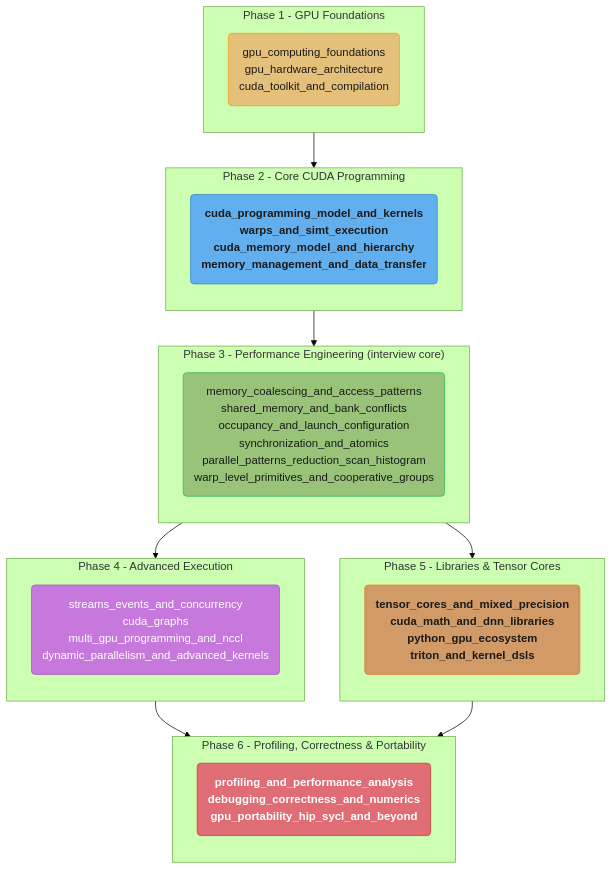
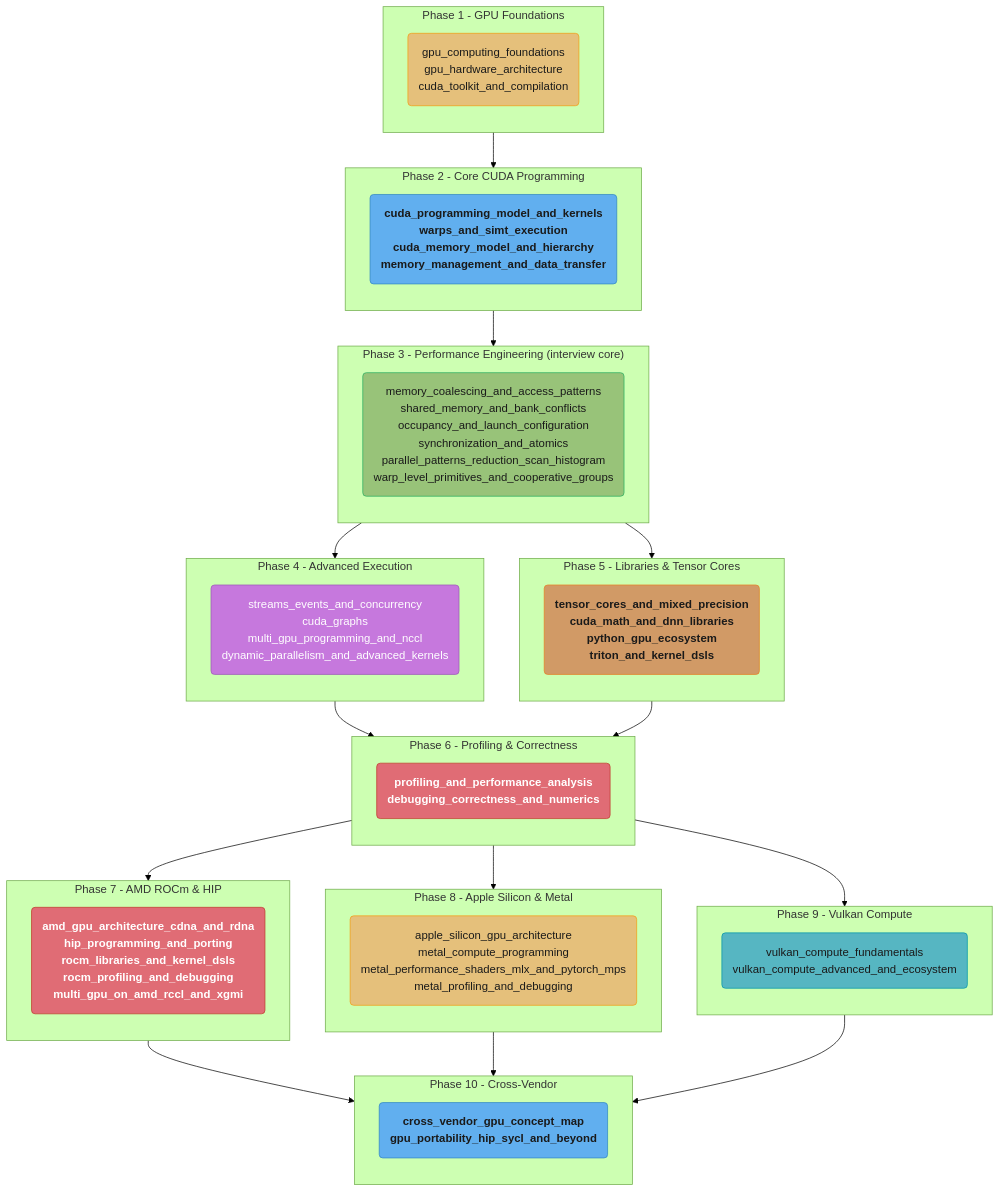
Before and after one commit to rppol/system-design: the second of 2 diagrams in src/main/java/com/rutik/systemdesign/cuda/README.md, drawn with Mermaid (forest theme). The commit also changed other lines of this file and 36 other files, not shown here.

First line of the commit message:
feat(cuda): GPGPU Programming - add AMD ROCm, Apple Metal and Vulkan compute

````diff
--- a/src/main/java/com/rutik/systemdesign/cuda/README.md
+++ b/src/main/java/com/rutik/systemdesign/cuda/README.md
@@ -118,48 +150,74 @@
 ```mermaid
 flowchart TB
     classDef io      fill:#61afef,stroke:#2e86c1,color:#1a1a1a,font-weight:bold
     classDef frozen  fill:#c678dd,stroke:#9b59b6,color:#fff
     classDef train   fill:#98c379,stroke:#27ae60,color:#1a1a1a
     classDef mathOp  fill:#d19a66,stroke:#e67e22,color:#1a1a1a,font-weight:bold
     classDef lossN   fill:#e06c75,stroke:#c0392b,color:#fff,font-weight:bold
     classDef req     fill:#56b6c2,stroke:#0097a7,color:#1a1a1a
     classDef base    fill:#e5c07b,stroke:#f39c12,color:#1a1a1a
 
     subgraph SG1["Phase 1 - GPU Foundations"]
         direction TB
         m1("gpu_computing_foundations<br/>gpu_hardware_architecture<br/>cuda_toolkit_and_compilation")
     end
     subgraph SG2["Phase 2 - Core CUDA Programming"]
         direction TB
         m2("cuda_programming_model_and_kernels<br/>warps_and_simt_execution<br/>cuda_memory_model_and_hierarchy<br/>memory_management_and_data_transfer")
     end
     subgraph SG3["Phase 3 - Performance Engineering (interview core)"]
         direction TB
         m3("memory_coalescing_and_access_patterns<br/>shared_memory_and_bank_conflicts<br/>occupancy_and_launch_configuration<br/>synchronization_and_atomics<br/>parallel_patterns_reduction_scan_histogram<br/>warp_level_primitives_and_cooperative_groups")
     end
     subgraph SG4["Phase 4 - Advanced Execution"]
         direction TB
         m4("streams_events_and_concurrency<br/>cuda_graphs<br/>multi_gpu_programming_and_nccl<br/>dynamic_parallelism_and_advanced_kernels")
     end
     subgraph SG5["Phase 5 - Libraries & Tensor Cores"]
         direction TB
         m5("tensor_cores_and_mixed_precision<br/>cuda_math_and_dnn_libraries<br/>python_gpu_ecosystem<br/>triton_and_kernel_dsls")
     end
-    subgraph SG6["Phase 6 - Profiling, Correctness & Portability"]
+    subgraph SG6["Phase 6 - Profiling & Correctness"]
         direction TB
-        m6("profiling_and_performance_analysis<br/>debugging_correctness_and_numerics<br/>gpu_portability_hip_sycl_and_beyond")
+        m6("profiling_and_performance_analysis<br/>debugging_correctness_and_numerics")
+    end
+    subgraph SG7["Phase 7 - AMD ROCm & HIP"]
+        direction TB
+        m7("amd_gpu_architecture_cdna_and_rdna<br/>hip_programming_and_porting<br/>rocm_libraries_and_kernel_dsls<br/>rocm_profiling_and_debugging<br/>multi_gpu_on_amd_rccl_and_xgmi")
+    end
+    subgraph SG8["Phase 8 - Apple Silicon & Metal"]
+        direction TB
+        m8("apple_silicon_gpu_architecture<br/>metal_compute_programming<br/>metal_performance_shaders_mlx_and_pytorch_mps<br/>metal_profiling_and_debugging")
+    end
+    subgraph SG9["Phase 9 - Vulkan Compute"]
+        direction TB
+        m9("vulkan_compute_fundamentals<br/>vulkan_compute_advanced_and_ecosystem")
+    end
+    subgraph SG10["Phase 10 - Cross-Vendor"]
+        direction TB
+        m10("cross_vendor_gpu_concept_map<br/>gpu_portability_hip_sycl_and_beyond")
     end
 
     SG1 --> SG2 --> SG3
     SG3 --> SG4
     SG3 --> SG5
     SG4 --> SG6
     SG5 --> SG6
+    SG6 --> SG7
+    SG6 --> SG8
+    SG6 --> SG9
+    SG7 --> SG10
+    SG8 --> SG10
+    SG9 --> SG10
 
     class m1 base
     class m2 io
     class m3 train
     class m4 frozen
     class m5 mathOp
     class m6 lossN
+    class m7 lossN
+    class m8 base
+    class m9 req
+    class m10 io
 ```
````
